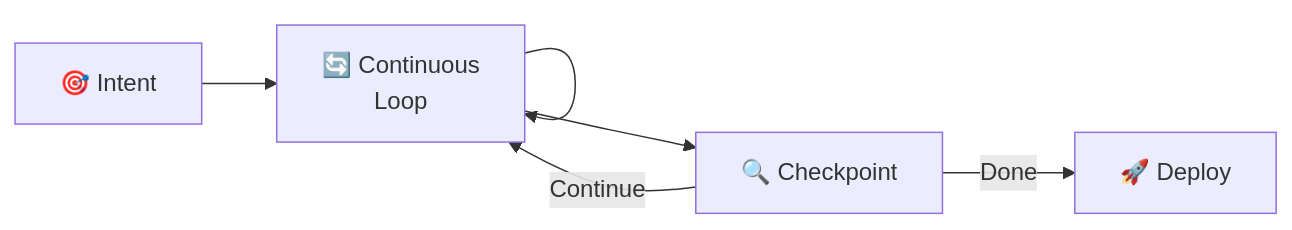
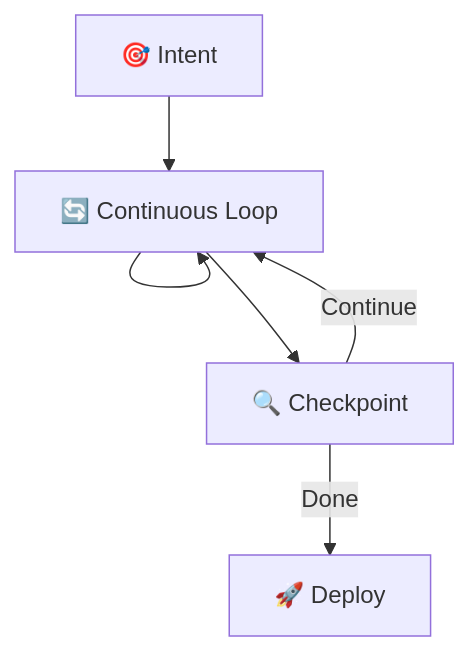
Before and after one commit to TheBushidoCollective/han: the fifth of 13 diagrams in website/content/papers/ai-dlc-2026.md, drawn with Mermaid. The commit also changed other lines of this file, not shown here.

First line of the commit message:
fix(website): narrow wide Mermaid diagrams in AI-DLC paper

````diff
--- a/website/content/papers/ai-dlc-2026.md
+++ b/website/content/papers/ai-dlc-2026.md
@@ -287,8 +287,8 @@
 ```mermaid
-flowchart LR
-    C1["🎯 Intent"] --> C2["🔄 Continuous<br/>Loop"]
+flowchart TB
+    C1["🎯 Intent"] --> C2["🔄 Continuous Loop"]
     C2 --> C2
     C2 --> C3["🔍 Checkpoint"]
     C3 -->|"Continue"| C2
     C3 -->|"Done"| C4["🚀 Deploy"]
 ```
````
